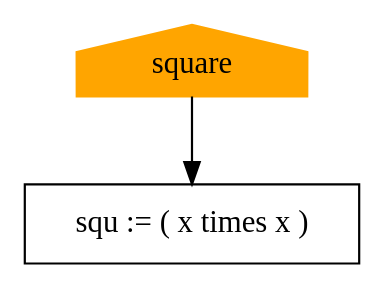
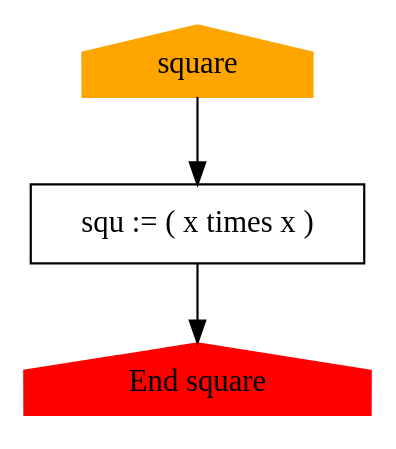
One commit to AloveIs/COT_lab changed the diagram in squareCFG.gv. Above: the diagram before and after it, drawn with Graphviz. The commit also changed 15 other files, not shown here.

```diff
--- a/squareCFG.gv
+++ b/squareCFG.gv
@@ -1,5 +1,7 @@
 digraph squareCFG {
-	140625506585120 [label=square color=orange shape=house style=filled]
-	140625506585120 -> 140625506110416
-	140625506110416 [label="{squ := ( x times x )}" shape=record]
+	140700635505552 [label=square color=orange shape=house style=filled]
+	0 [label="End square" color=red shape=house style=filled]
+	140700635505552 -> 140700635512656
+	140700635512656 [label="{squ := ( x times x )}" shape=record]
+	140700635512656 -> 0
 }
```
